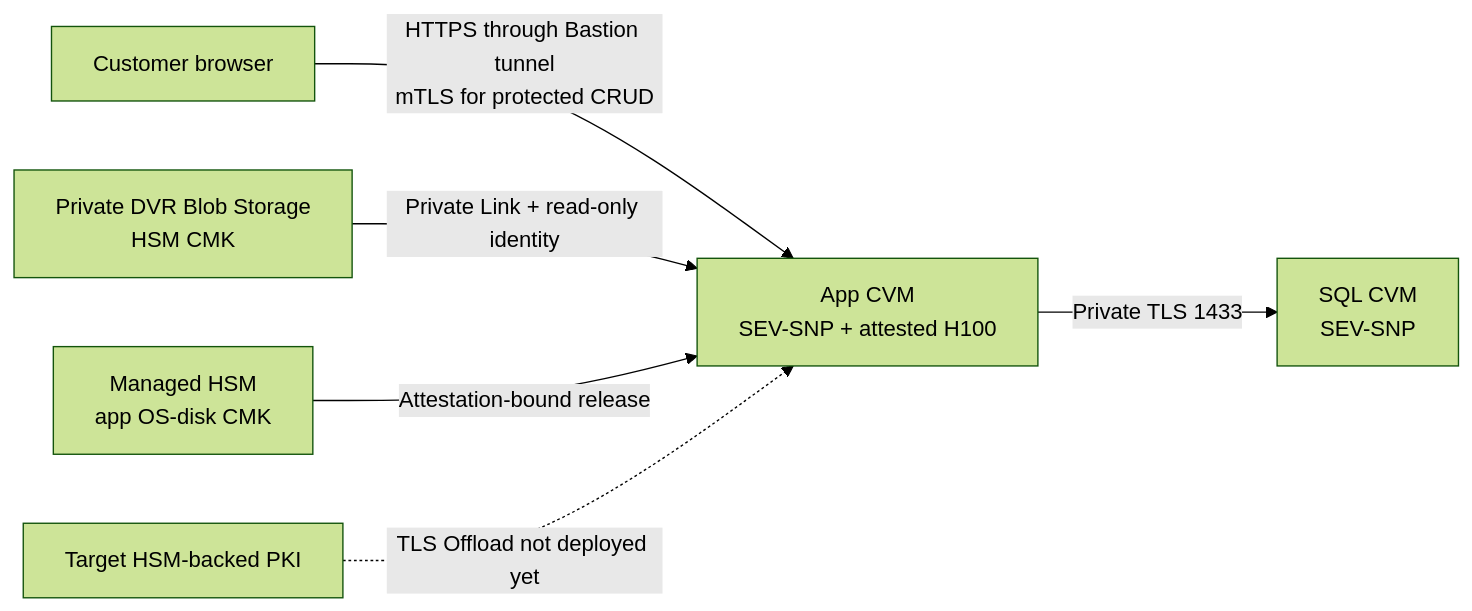
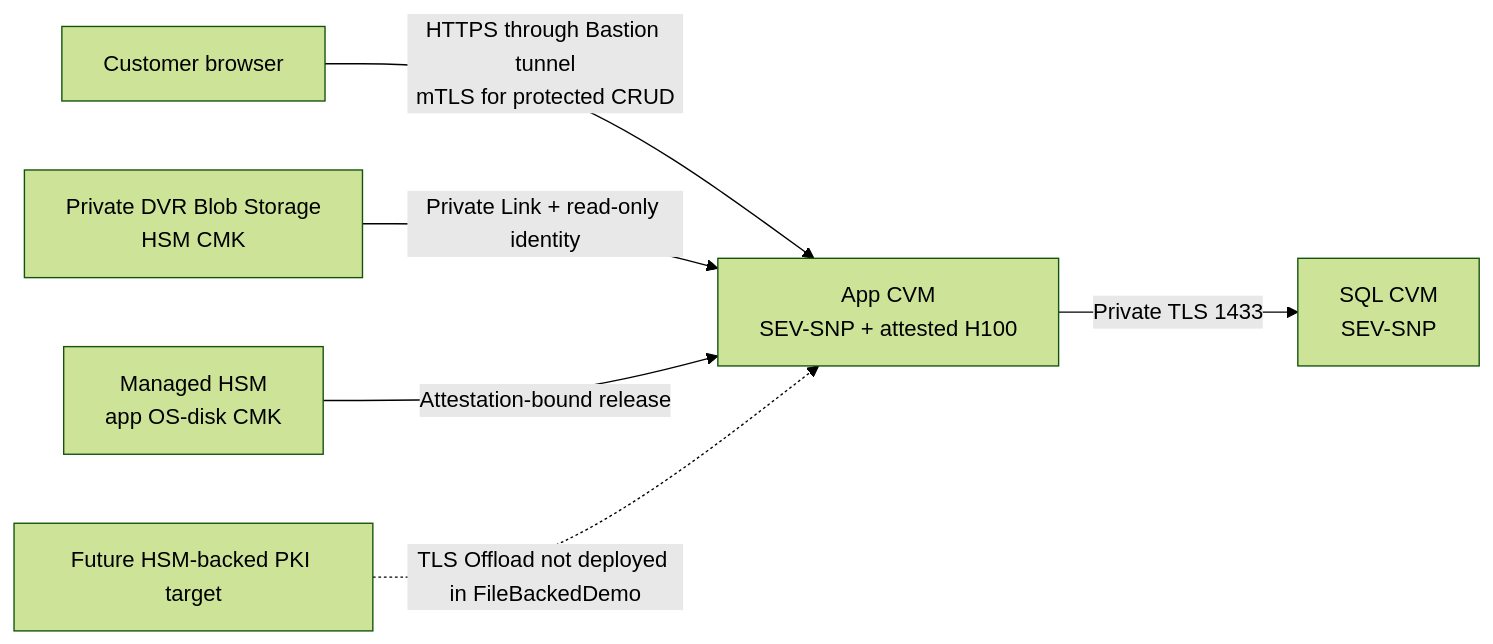
Before and after one commit to vinfnet/confidential-computing: the sixth of 9 diagrams in sov-examples/citizen-registry-advanced/README.md, drawn with Mermaid (forest theme). The commit also changed other lines of this file and 1 other file, not shown here.

First line of the commit message:
Update citizen registry README and architecture diagrams

````diff
--- a/sov-examples/citizen-registry-advanced/README.md
+++ b/sov-examples/citizen-registry-advanced/README.md
@@ -626,8 +645,8 @@
 ```mermaid
 flowchart LR
     User2[Customer browser] -->|HTTPS through Bastion tunnel<br/>mTLS for protected CRUD| App2[App CVM<br/>SEV-SNP + attested H100]
     App2 -->|Private TLS 1433| Db2[SQL CVM<br/>SEV-SNP]
     Dvr2[Private DVR Blob Storage<br/>HSM CMK] -->|Private Link + read-only identity| App2
     Hsm2[Managed HSM<br/>app OS-disk CMK] -->|Attestation-bound release| App2
-    Pki2[Target HSM-backed PKI] -.->|TLS Offload not deployed yet| App2
+    Pki2[Future HSM-backed PKI target] -.->|TLS Offload not deployed in FileBackedDemo| App2
 ```
````
